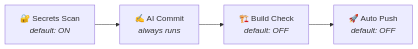
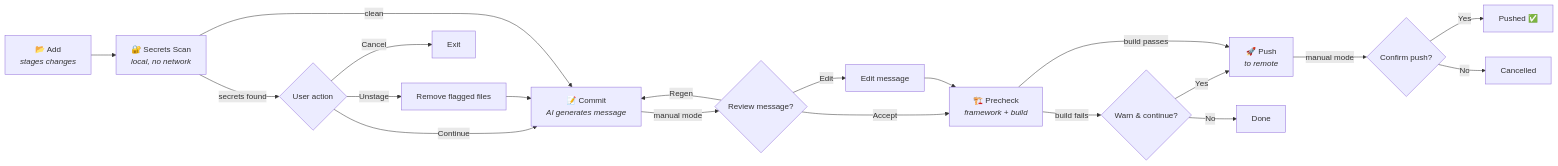
One commit to tharanitharan305/gitm8 changed the third of 7 diagrams in README.md. Above: the diagram before and after it, drawn with Mermaid. The commit also changed other lines of this file and 1 other file, not shown here.

````diff
--- a/README.md
+++ b/README.md
@@ -714,6 +863,22 @@
 ```mermaid
 flowchart LR
-    A["🔐 Secrets Scan<br/><i>default: ON</i>"] --> B["✍️ AI Commit<br/><i>always runs</i>"]
-    B --> C["🏗️ Build Check<br/><i>default: OFF</i>"]
-    C --> D["🚀 Auto Push<br/><i>default: OFF</i>"]
+    A["📂 Add<br/><i>stages changes</i>"] --> B["🔐 Secrets Scan<br/><i>local, no network</i>"]
+    B -->|"secrets found"| C{"User action"}
+    C -->|Unstage| D[Remove flagged files]
+    C -->|Continue| E["📝 Commit<br/><i>AI generates message</i>"]
+    C -->|Cancel| F[Exit]
+    D --> E
+    B -->|"clean"| E
+    E -->|"manual mode"| G{Review message?}
+    G -->|Accept| H["🏗️  Precheck<br/><i>framework + build</i>"]
+    G -->|Edit| I[Edit message]
+    G -->|Regen| E
+    I --> H
+    H -->|"build fails"| J{Warn & continue?}
+    J -->|Yes| K["🚀 Push<br/><i>to remote</i>"]
+    J -->|No| L[Done]
+    H -->|"build passes"| K
+    K -->|"manual mode"| M{Confirm push?}
+    M -->|Yes| N[Pushed ✅]
+    M -->|No| O[Cancelled]
 ```
````
